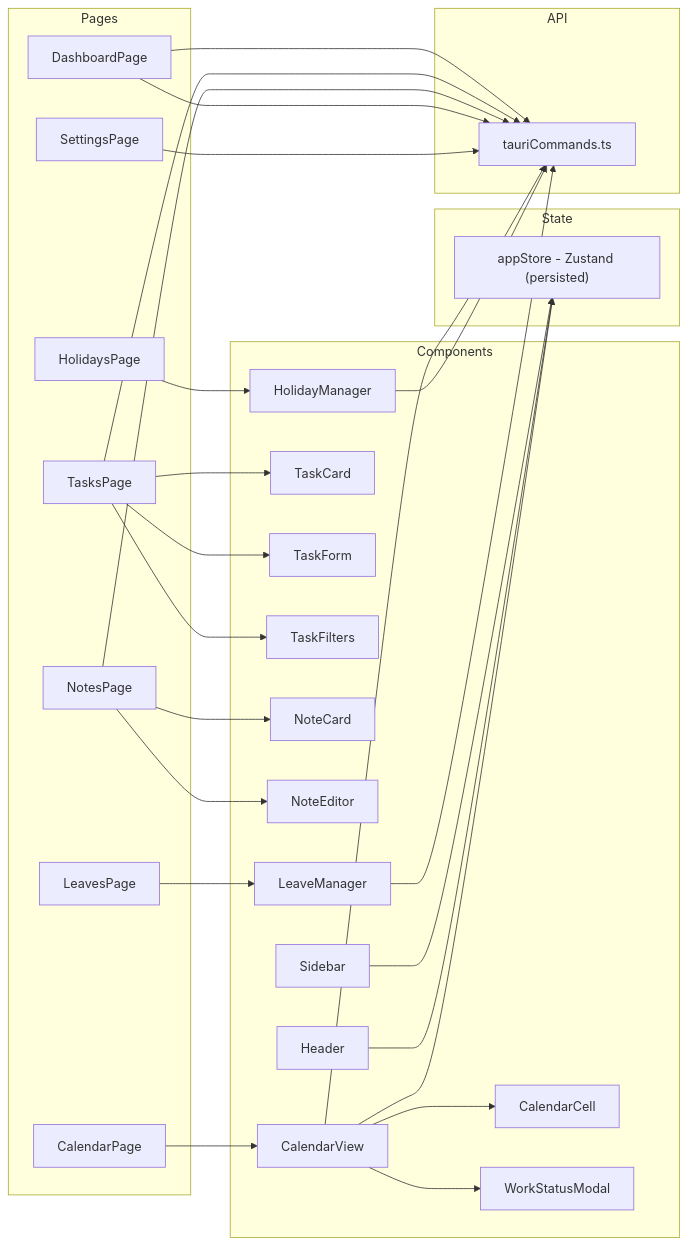
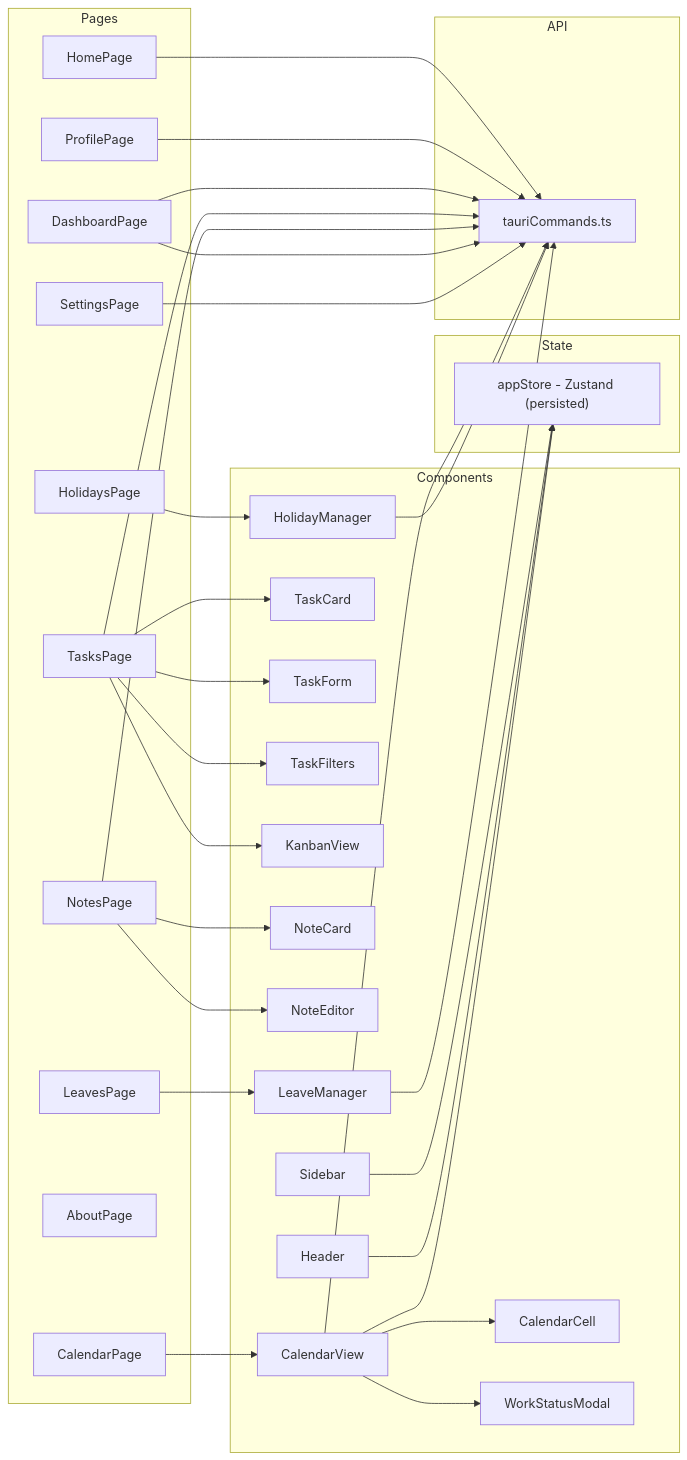
The sixth of 6 diagrams in README.md (siddhantpatni0407/worklytics), drawn with Mermaid before and after one commit. The commit also changed other lines of this file and 21 other files, not shown here.

````diff
--- a/README.md
+++ b/README.md
@@ -756,56 +816,63 @@
 ```mermaid
 graph LR
     subgraph Pages
+        HOME[HomePage]
         CP[CalendarPage]
         DP[DashboardPage]
         HP[HolidaysPage]
         LP[LeavesPage]
         TP[TasksPage]
         NP[NotesPage]
         SP[SettingsPage]
+        AP[AboutPage]
+        PP[ProfilePage]
     end
 
     subgraph Components
         CV[CalendarView]
         CC[CalendarCell]
         WSM[WorkStatusModal]
         TCard[TaskCard]
         TForm[TaskForm]
         TFilters[TaskFilters]
+        KV[KanbanView]
         NCard[NoteCard]
         NEditor[NoteEditor]
         HM[HolidayManager]
         LM[LeaveManager]
         SB[Sidebar]
         HD[Header]
     end
 
     subgraph State
         AS["appStore - Zustand (persisted)"]
     end
 
     subgraph API
         TC[tauriCommands.ts]
     end
 
+    HOME --> TC
+    PP[ProfilePage] --> TC
     CP --> CV --> CC
     CV --> WSM
     DP --> TC
     TP --> TCard
     TP --> TForm
     TP --> TFilters
+    TP --> KV
     NP --> NCard
     NP --> NEditor
     HP --> HM
     LP --> LM
     SB --> AS
     HD --> AS
     CV --> AS
     CV --> TC
     TP --> TC
     NP --> TC
     HM --> TC
     LM --> TC
     DP --> TC
     SP --> TC
 ```
````
